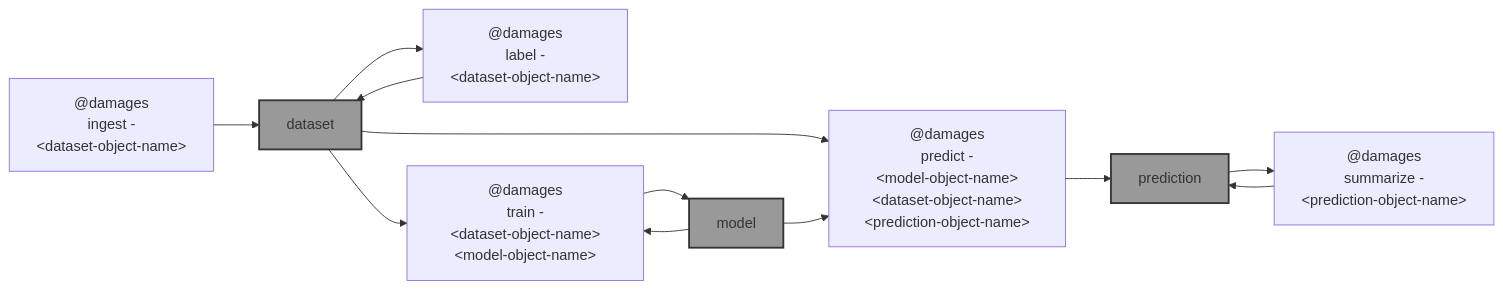
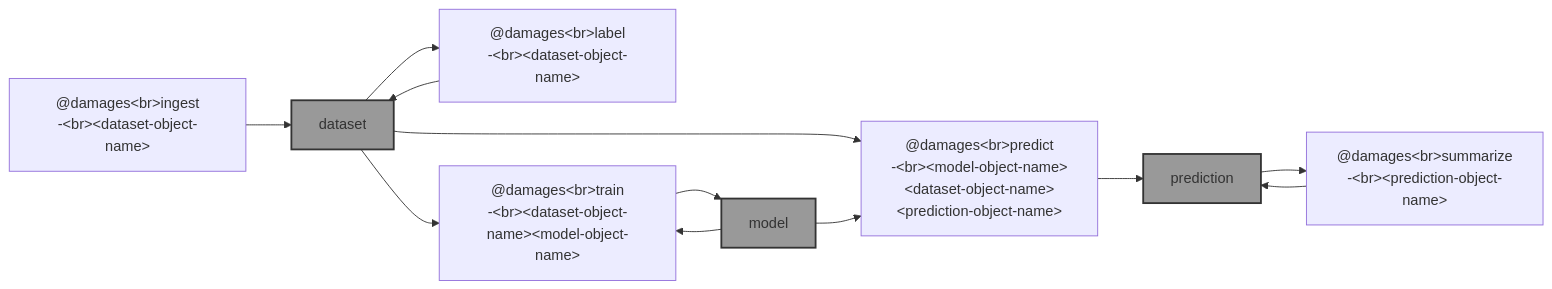
One commit to kamangir/blue-sandbox changed the diagram in blue_sandbox/microsoft_building_damage_assessment/README.md. Above: the diagram before and after it, drawn with Mermaid. The commit also changed other lines of this file and 10 other files, not shown here.

````diff
--- a/blue_sandbox/microsoft_building_damage_assessment/README.md
+++ b/blue_sandbox/microsoft_building_damage_assessment/README.md
@@ -5,30 +5,30 @@
 ```mermaid
 graph LR
-    ingest["@damages<br>ingest -<br>&lt;dataset-object-name&gt;"]
-    label["@damages<br>label -<br>&lt;dataset-object-name&gt;"]
-    train["@damages<br>train -<br>&lt;dataset-object-name&gt;&lt;model-object-name&gt;"]
-    predict["@damages<br>predict -<br>&lt;model-object-name&gt;&lt;dataset-object-name&gt;&lt;prediction-object-name&gt;"]
-    summarize["@damages<br>summarize -<br>&lt;prediction-object-name&gt;"]
+    ingest["@damages&lt;br&gt;ingest<br>-&lt;br&gt;&lt;dataset-object-name&gt;"]
+    label["@damages&lt;br&gt;label<br>-&lt;br&gt;&lt;dataset-object-name&gt;"]
+    train["@damages&lt;br&gt;train<br>-&lt;br&gt;&lt;dataset-object-name&gt;&lt;model-object-name&gt;"]
+    predict["@damages&lt;br&gt;predict<br>-&lt;br&gt;&lt;model-object-name&gt;&lt;dataset-object-name&gt;&lt;prediction-object-name&gt;"]
+    summarize["@damages&lt;br&gt;summarize<br>-&lt;br&gt;&lt;prediction-object-name&gt;"]
 
     dataset["dataset"]:::folder
     model["model"]:::folder
     prediction["prediction"]:::folder
 
     ingest --> dataset
 
     dataset --> label
     label --> dataset
 
     dataset --> train
     model --> train
     train --> model
 
     dataset --> predict
     model --> predict
     predict --> prediction
 
     prediction --> summarize
     summarize --> prediction
 
     classDef folder fill:#999,stroke:#333,stroke-width:2px;
 ```
````
